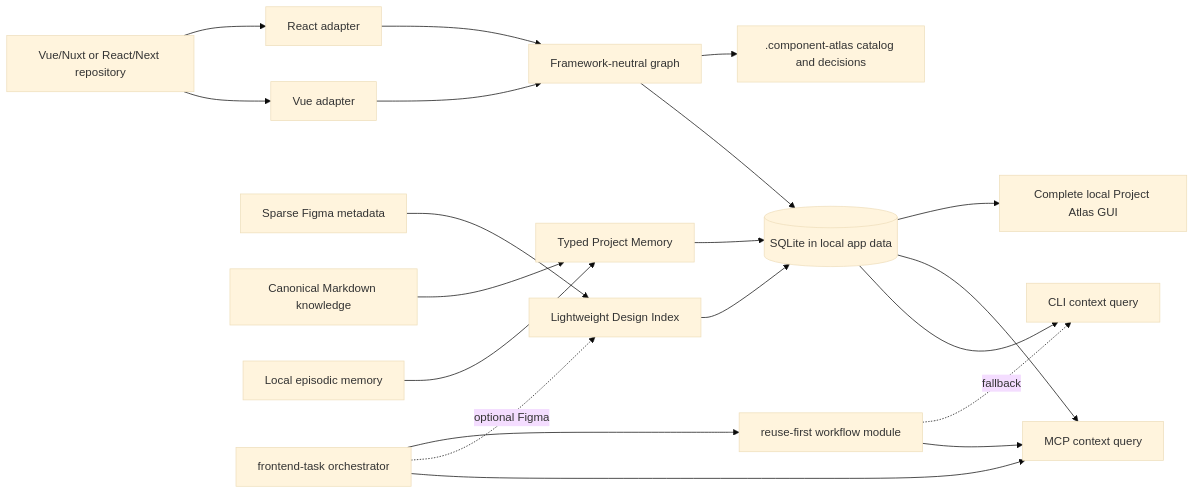
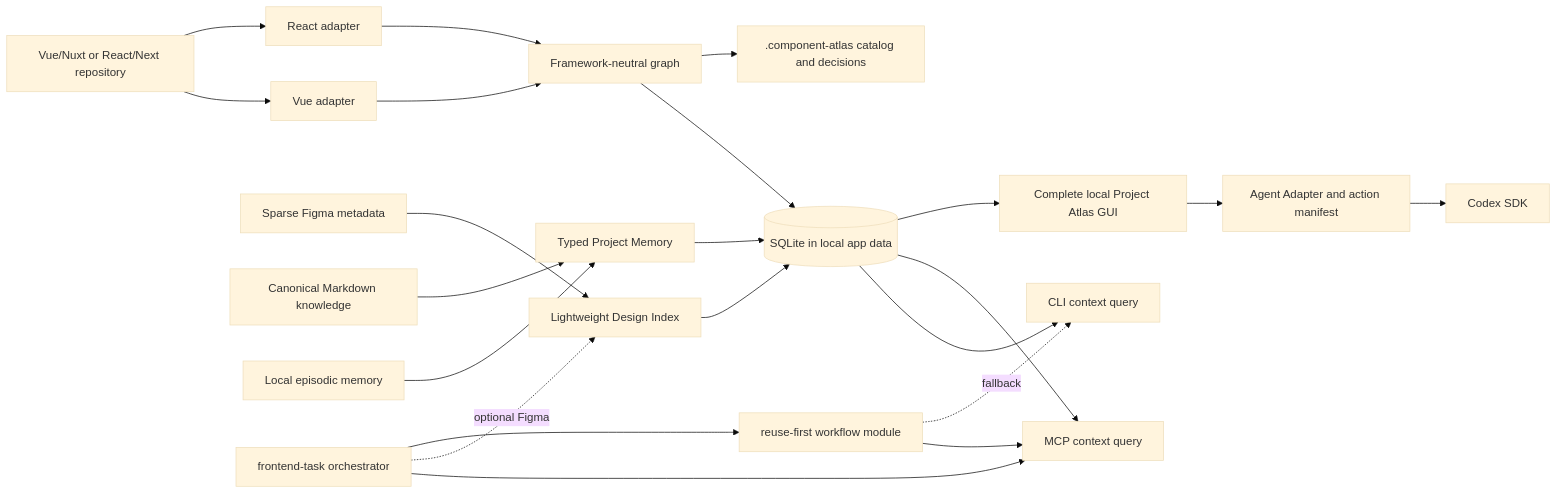
Before and after one commit to jesus-molano/project-atlas: the diagram in docs/architecture.md, drawn with Mermaid (base theme). The commit also changed other lines of this file and 5 other files, not shown here.

````diff
--- a/docs/architecture.md
+++ b/docs/architecture.md
@@ -7,39 +7,43 @@
 ```mermaid
 flowchart LR
   R[Vue/Nuxt or React/Next repository]
   V[Vue adapter]
   X[React adapter]
   G[Framework-neutral graph]
   F[Sparse Figma metadata]
   D[Lightweight Design Index]
   H[Canonical Markdown knowledge]
   E[Local episodic memory]
   P[Typed Project Memory]
   S[(SQLite in local app data)]
   A[.component-atlas catalog and decisions]
   C[CLI context query]
   M[MCP context query]
   W[Complete local Project Atlas GUI]
+  Q[Agent Adapter and action manifest]
+  Z[Codex SDK]
   T[frontend-task orchestrator]
   K[reuse-first workflow module]
 
   R --> V
   R --> X
   V --> G
   X --> G
   F --> D
   G --> S
   D --> S
   H --> P
   E --> P
   P --> S
   G --> A
   S --> C
   S --> M
   S --> W
+  W --> Q
+  Q --> Z
   T --> M
   T -. optional Figma .-> D
   T --> K
   K --> M
   K -. fallback .-> C
 ```
````
